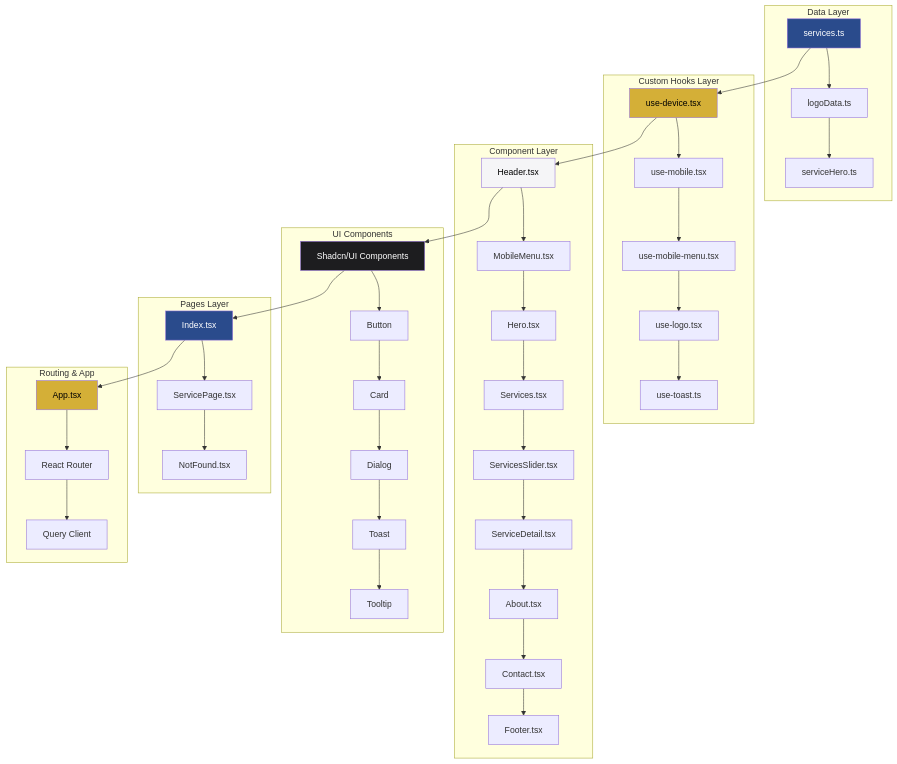
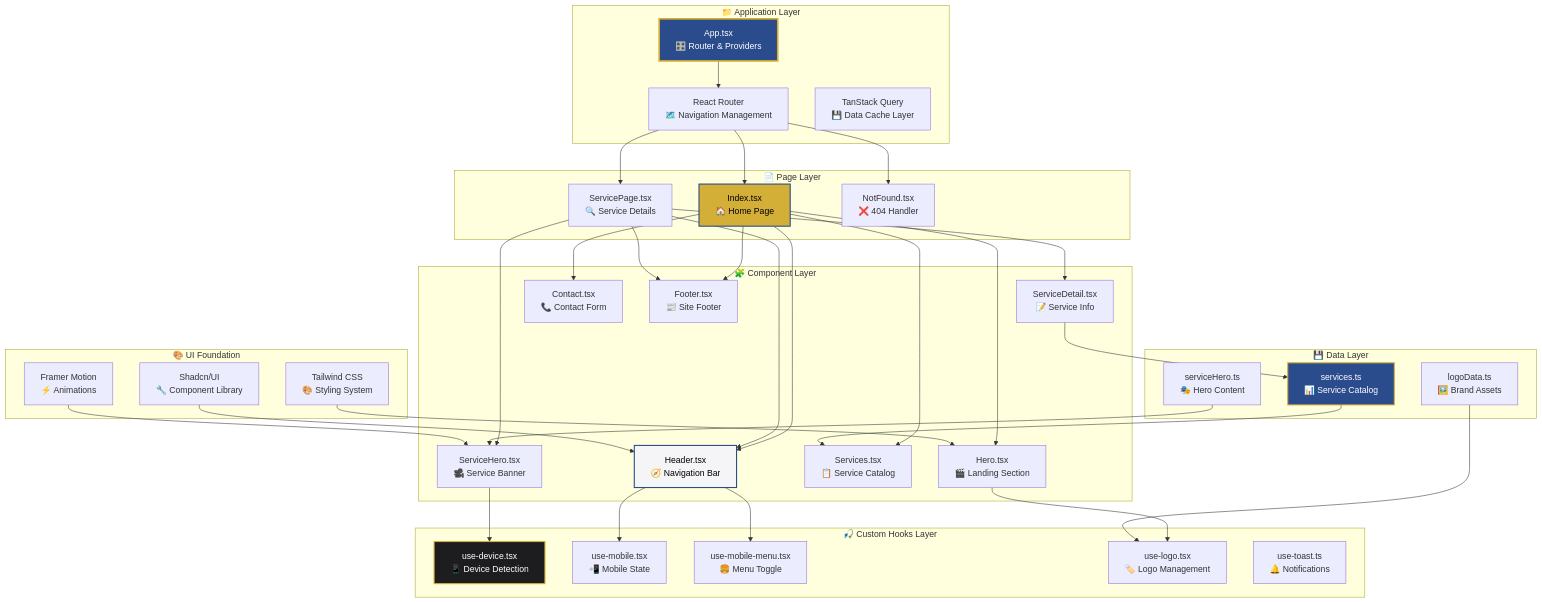
One commit to walkerWesker/cuenca-asociados-portal changed the first of 6 diagrams in README.md. Above: the diagram before and after it, drawn with Mermaid. The commit also changed other lines of this file, not shown here.

````diff
--- a/README.md
+++ b/README.md
@@ -126,56 +127,80 @@
 ```mermaid
 graph TB
-    subgraph "Data Layer"
-        A[services.ts] --> B[logoData.ts]
-        B --> C[serviceHero.ts]
+    subgraph "📁 Application Layer"
+        App[App.tsx<br/>🎛️ Router & Providers]
+        Routes[React Router<br/>🗺️ Navigation Management]
+        QueryClient[TanStack Query<br/>💾 Data Cache Layer]
     end
     
-    subgraph "Custom Hooks Layer"
-        D[use-device.tsx] --> E[use-mobile.tsx]
-        E --> F[use-mobile-menu.tsx]
-        F --> G[use-logo.tsx]
-        G --> H[use-toast.ts]
+    subgraph "📄 Page Layer"
+        Index[Index.tsx<br/>🏠 Home Page]
+        ServicePage[ServicePage.tsx<br/>🔍 Service Details]
+        NotFound[NotFound.tsx<br/>❌ 404 Handler]
     end
     
-    subgraph "Component Layer"
-        I[Header.tsx] --> J[MobileMenu.tsx]
-        J --> K[Hero.tsx]
-        K --> L[Services.tsx]
-        L --> M[ServicesSlider.tsx]
-        M --> N[ServiceDetail.tsx]
-        N --> O[About.tsx]
-        O --> P[Contact.tsx]
-        P --> Q[Footer.tsx]
+    subgraph "🧩 Component Layer"
+        Header[Header.tsx<br/>🧭 Navigation Bar]
+        Hero[Hero.tsx<br/>🎬 Landing Section]
+        Services[Services.tsx<br/>📋 Service Catalog]
+        ServiceDetail[ServiceDetail.tsx<br/>📝 Service Info]
+        ServiceHero[ServiceHero.tsx<br/>🎥 Service Banner]
+        Contact[Contact.tsx<br/>📞 Contact Form]
+        Footer[Footer.tsx<br/>📰 Site Footer]
     end
     
-    subgraph "UI Components"
-        R[Shadcn/UI Components] --> S[Button]
-        S --> T[Card]
-        T --> U[Dialog]
-        U --> V[Toast]
-        V --> W[Tooltip]
+    subgraph "🎣 Custom Hooks Layer"
+        useDevice[use-device.tsx<br/>📱 Device Detection]
+        useMobile[use-mobile.tsx<br/>📲 Mobile State]
+        useMobileMenu[use-mobile-menu.tsx<br/>🍔 Menu Toggle]
+        useLogo[use-logo.tsx<br/>🏷️ Logo Management]
+        useToast[use-toast.ts<br/>🔔 Notifications]
     end
     
-    subgraph "Pages Layer"
-        X[Index.tsx] --> Y[ServicePage.tsx]
-        Y --> Z[NotFound.tsx]
+    subgraph "💾 Data Layer"
+        ServicesData[services.ts<br/>📊 Service Catalog]
+        LogoData[logoData.ts<br/>🖼️ Brand Assets]
+        ServiceHeroData[serviceHero.ts<br/>🎭 Hero Content]
     end
     
-    subgraph "Routing & App"
-        AA[App.tsx] --> BB[React Router]
-        BB --> CC[Query Client]
+    subgraph "🎨 UI Foundation"
+        ShadcnUI[Shadcn/UI<br/>🔧 Component Library]
+        TailwindCSS[Tailwind CSS<br/>🎨 Styling System]
+        FramerMotion[Framer Motion<br/>⚡ Animations]
     end
     
-    A --> D
-    D --> I
-    I --> R
-    R --> X
-    X --> AA
+    App --> Routes
+    Routes --> Index
+    Routes --> ServicePage
+    Routes --> NotFound
     
-    style A fill:#2A4B8C,color:#fff
-    style D fill:#D4AF37,color:#000
-    style I fill:#F5F5F7,color:#000
-    style R fill:#1D1D1F,color:#fff
-    style X fill:#2A4B8C,color:#fff
-    style AA fill:#D4AF37,color:#000
+    Index --> Header
+    Index --> Hero
+    Index --> Services
+    Index --> Contact
+    Index --> Footer
+    
+    ServicePage --> Header
+    ServicePage --> ServiceHero
+    ServicePage --> ServiceDetail
+    ServicePage --> Footer
+    
+    Header --> useMobile
+    Header --> useMobileMenu
+    Hero --> useLogo
+    ServiceHero --> useDevice
+    ServiceDetail --> ServicesData
+    
+    ServicesData --> Services
+    LogoData --> useLogo
+    ServiceHeroData --> ServiceHero
+    
+    ShadcnUI --> Header
+    TailwindCSS --> Hero
+    FramerMotion --> ServiceHero
+    
+    style App fill:#2A4B8C,color:#fff,stroke:#D4AF37,stroke-width:3px
+    style Index fill:#D4AF37,color:#000,stroke:#2A4B8C,stroke-width:2px
+    style Header fill:#F5F5F7,color:#000,stroke:#2A4B8C,stroke-width:2px
+    style useDevice fill:#1D1D1F,color:#fff,stroke:#D4AF37,stroke-width:2px
+    style ServicesData fill:#2A4B8C,color:#fff,stroke:#D4AF37,stroke-width:2px
 ```
````
